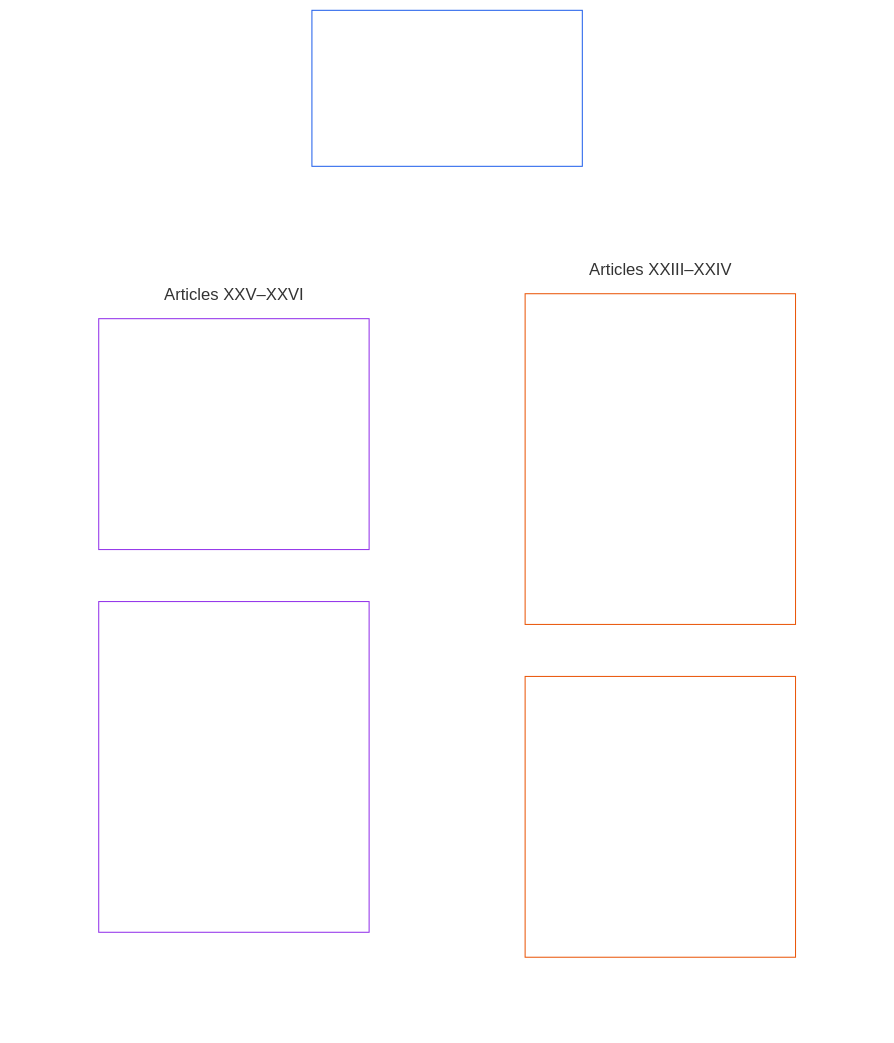
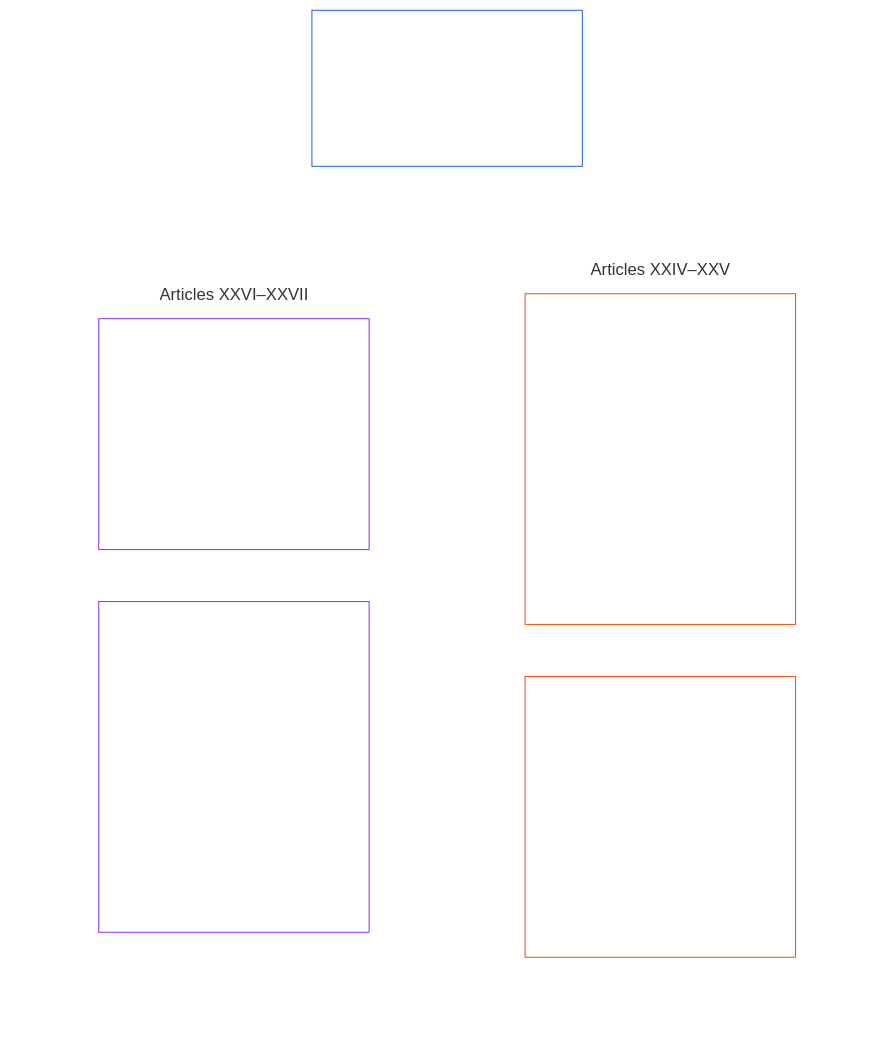
Before and after one commit to kfoelsch/Sentient_Constitution: the eighth of 21 diagrams in guides/CONCEPTUAL_OVERVIEW.md, drawn with Mermaid (forest theme). The commit also changed other lines of this file and 543 other files, not shown here.

First line of the commit message:
docs(ch6): reorganize Article VII; add Article VIII (Family, Care, and Developing Sentients); renumber VIII–XXVI to IX–XXVII

````diff
--- a/guides/CONCEPTUAL_OVERVIEW.md
+++ b/guides/CONCEPTUAL_OVERVIEW.md
@@ -366,26 +372,26 @@
 ```mermaid
 flowchart TB
     D0["Part D<br/><br/>Justice, constitutional review, evolution, and transition"]
     subgraph Dgrid[" "]
         direction TB
-        subgraph Drow1["Articles XXIII–XXIV"]
+        subgraph Drow1["Articles XXIV–XXV"]
             direction LR
-            D1["Article XXIII · Conflict Resolution, Escalation, and Emergency Proportionality<br/><br/>• Justice objective and scope<br/>• Restitution and restorative accountability<br/>• Least-restrictive and time-bounded rules<br/>• Emergency continuation burden"]
-            D2["Article XXIV · Timely Retrospective Review and Restorative Alignment<br/><br/>• Retrospective review and disclosure<br/>• Rights-collision procedure<br/>• Restorative alignment<br/>• Timely resolution and anti-delay"]
+            D1["Article XXIV · Conflict Resolution, Escalation, and Emergency Proportionality<br/><br/>• Justice objective and scope<br/>• Restitution and restorative accountability<br/>• Least-restrictive and time-bounded rules<br/>• Emergency continuation burden"]
+            D2["Article XXV · Timely Retrospective Review and Restorative Alignment<br/><br/>• Retrospective review and disclosure<br/>• Rights-collision procedure<br/>• Restorative alignment<br/>• Timely resolution and anti-delay"]
         end
-        subgraph Drow2["Articles XXV–XXVI"]
+        subgraph Drow2["Articles XXVI–XXVII"]
             direction LR
-            D3["Article XXV · Constitutional Evolution and Non-Entrenchment<br/><br/>• Non-entrenchment and revisability<br/>• Periodic revalidation and transparent change"]
-            D4["Article XXVI · Transition Governance, Continuity, and Re-Baselining<br/><br/>• Phased adoption and Rights Floor continuity<br/>• Transitional authority and reauthorization<br/>• Failure off-ramps, re-baselining, and traceability<br/>• Non-compliant property and systems"]
+            D3["Article XXVI · Constitutional Evolution and Non-Entrenchment<br/><br/>• Non-entrenchment and revisability<br/>• Periodic revalidation and transparent change"]
+            D4["Article XXVII · Transition Governance, Continuity, and Re-Baselining<br/><br/>• Phased adoption and Rights Floor continuity<br/>• Transitional authority and reauthorization<br/>• Failure off-ramps, re-baselining, and traceability<br/>• Non-compliant property and systems"]
         end
     end
     D0 ~~~ Dgrid
     style Dgrid fill:none,stroke:none
     style Drow1 fill:none,stroke:none
     style Drow2 fill:none,stroke:none
     style D0 fill:none,stroke:#2563eb,color:#ffffff
     style D1 fill:none,stroke:#ea580c,color:#ffffff
     style D2 fill:none,stroke:#ea580c,color:#ffffff
     style D3 fill:none,stroke:#9333ea,color:#ffffff
     style D4 fill:none,stroke:#9333ea,color:#ffffff
 ```
````
